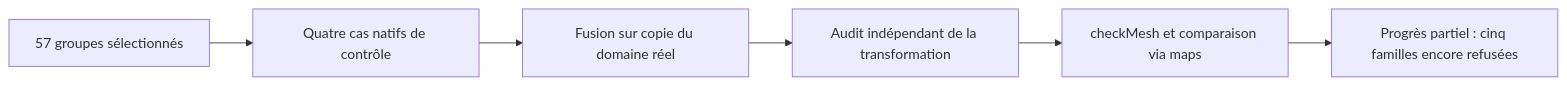
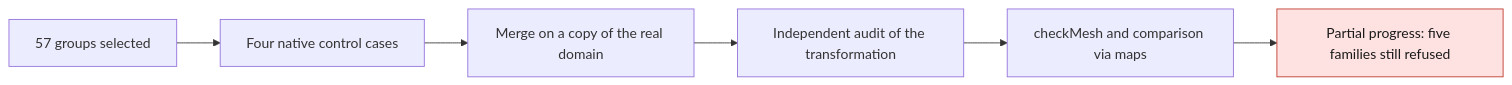
The second of 2 diagrams in docs/reports/M64_HYBRID_PAIR_CORRECTION_20260909.md (cluster2600/porscheparts), drawn with Mermaid before and after one commit. The commit also changed other lines of this file and 228 other files, not shown here.

````diff
--- a/docs/reports/M64_HYBRID_PAIR_CORRECTION_20260909.md
+++ b/docs/reports/M64_HYBRID_PAIR_CORRECTION_20260909.md
@@ -163,8 +174,10 @@
 ```mermaid
 flowchart LR
-    A["57 groupes sélectionnés"] --> B["Quatre cas natifs de contrôle"]
-    B --> C["Fusion sur copie du domaine réel"]
-    C --> D["Audit indépendant de la transformation"]
-    D --> E["checkMesh et comparaison via maps"]
-    E --> F["Progrès partiel : cinq familles encore refusées"]
+    A["57 groups selected"] --> B["Four native control cases"]
+    B --> C["Merge on a copy of the real domain"]
+    C --> D["Independent audit of the transformation"]
+    D --> E["checkMesh and comparison via maps"]
+    E --> F["Partial progress: five families still refused"]
+    classDef stop fill:#fde2e1,stroke:#c0392b,color:#1a1a1a;
+    class F stop;
 ```
````
